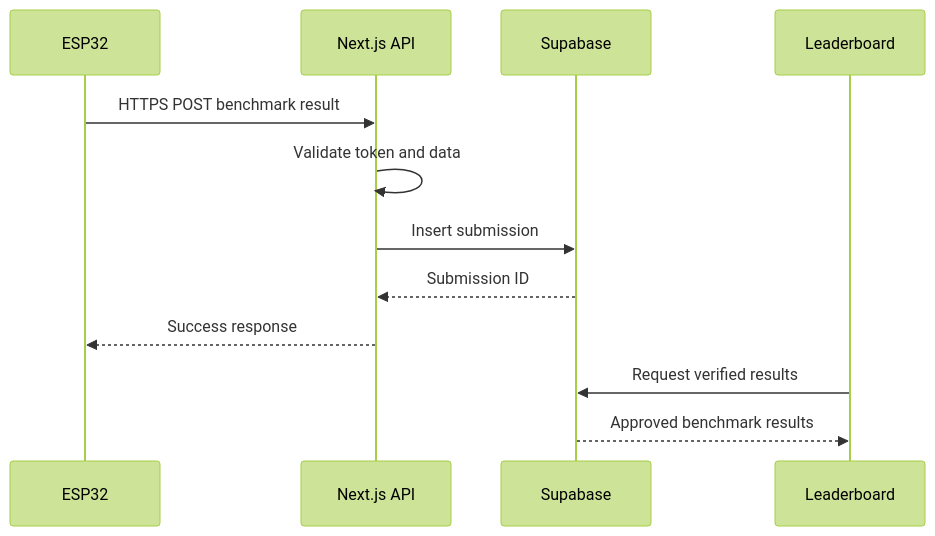
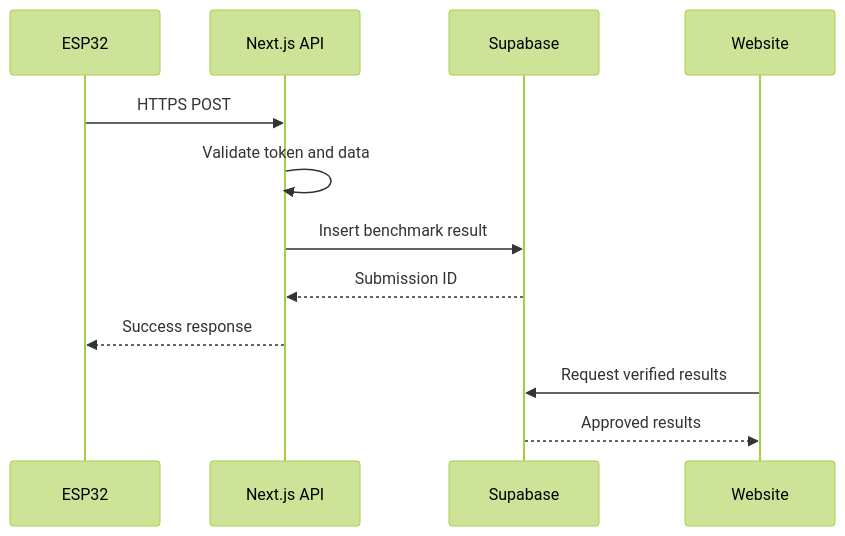
Before and after one commit to HeyDander/esp32_benchmark: the second of 2 diagrams in README.md, drawn with Mermaid (forest theme). The commit also changed other lines of this file, not shown here.

````diff
--- a/README.md
+++ b/README.md
@@ -306,15 +270,15 @@
 ```mermaid
 sequenceDiagram
     participant ESP as ESP32
     participant API as Next.js API
     participant DB as Supabase
-    participant WEB as Leaderboard
+    participant WEB as Website
 
-    ESP->>API: HTTPS POST benchmark result
+    ESP->>API: HTTPS POST
     API->>API: Validate token and data
-    API->>DB: Insert submission
+    API->>DB: Insert benchmark result
     DB-->>API: Submission ID
     API-->>ESP: Success response
     WEB->>DB: Request verified results
-    DB-->>WEB: Approved benchmark results
+    DB-->>WEB: Approved results
 ```
````
